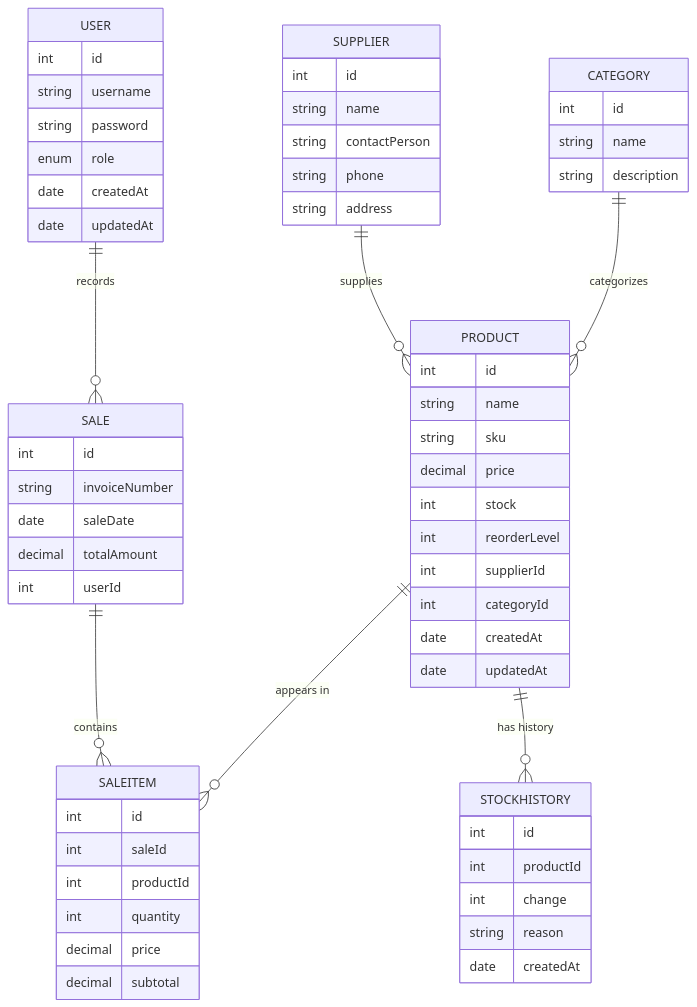
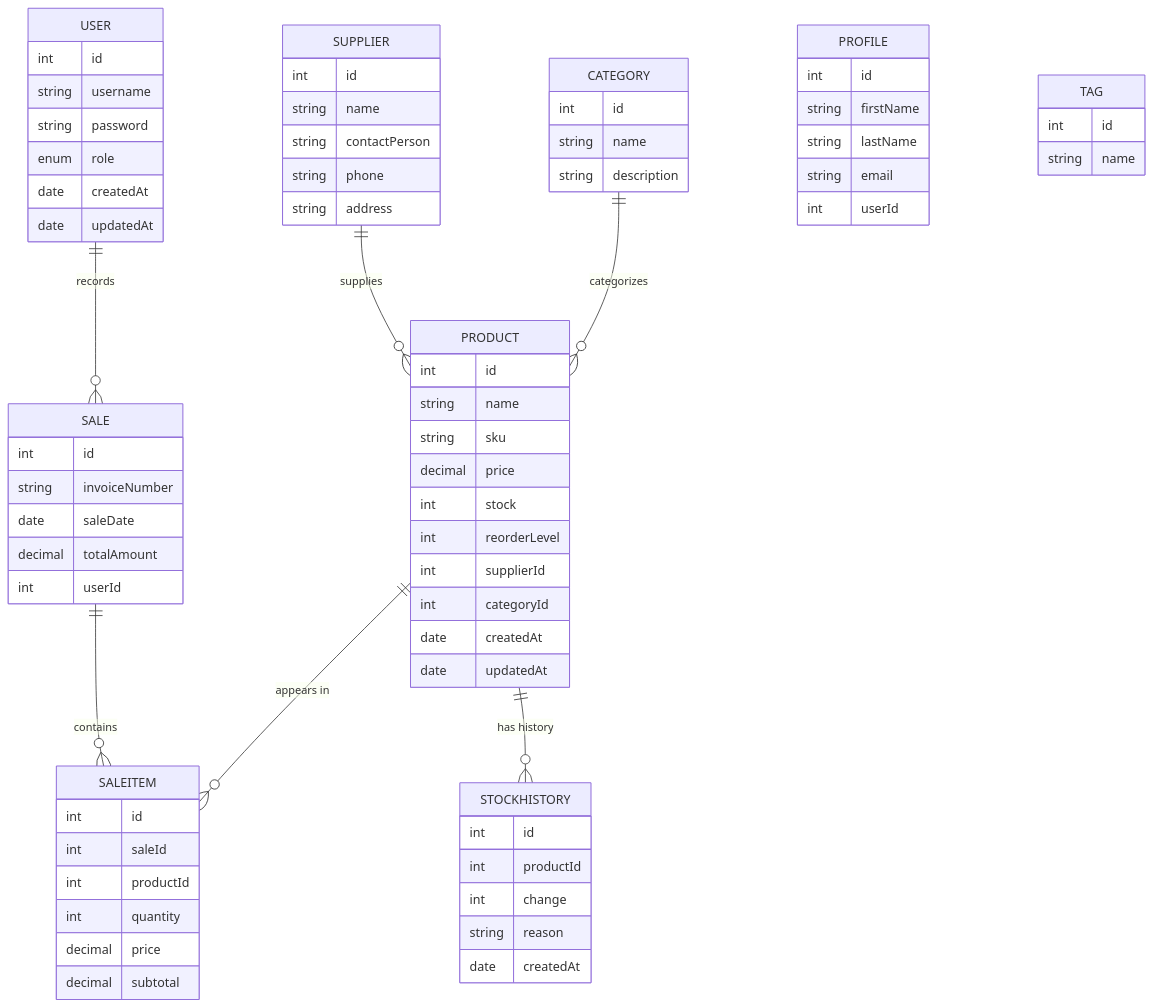
The diagram in typeorm/inventory/README.md (jordantanaliga100/ormCore), drawn with Mermaid before and after one commit. The commit also changed other lines of this file and 4 other files, not shown here.

````diff
--- a/typeorm/inventory/README.md
+++ b/typeorm/inventory/README.md
@@ -49,6 +49,14 @@
         enum role
         date createdAt
         date updatedAt
+    }
+
+     PROFILE {
+        int id
+        string firstName
+        string lastName
+        string email
+        int userId
     }
 
     SUPPLIER {
@@ -103,4 +111,9 @@
         string description
     }
 
+    TAG {
+        int id
+        string name
+    }
+
 ```
````
